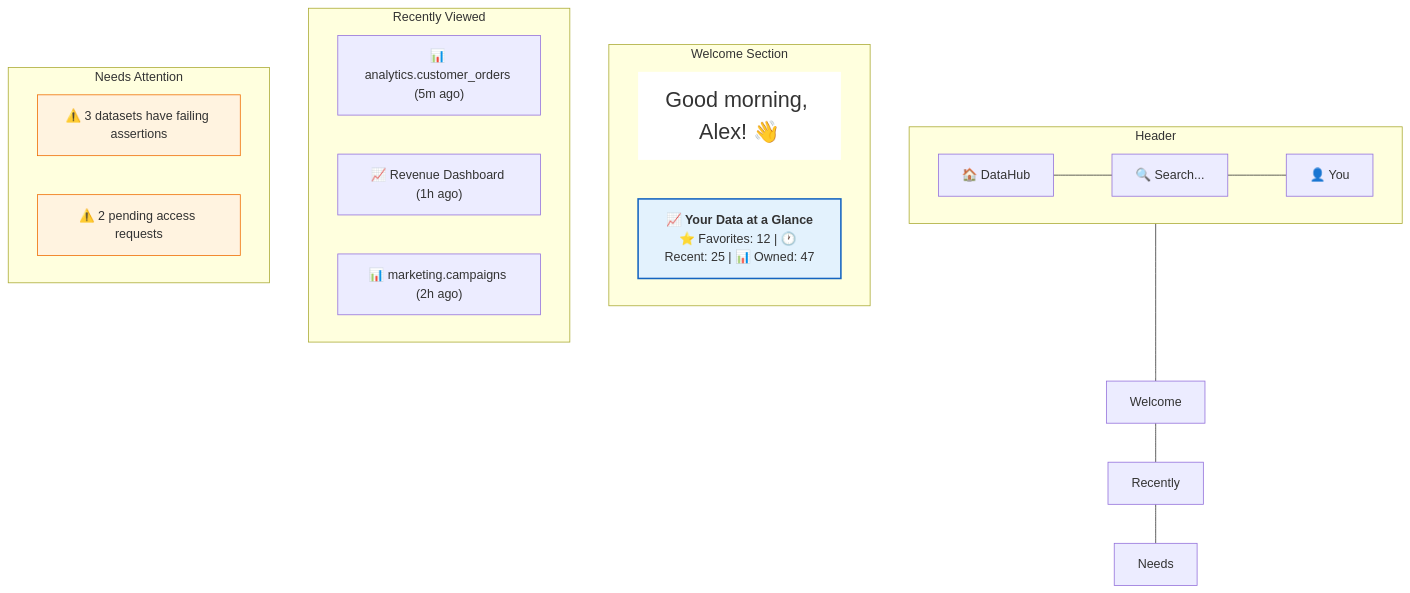
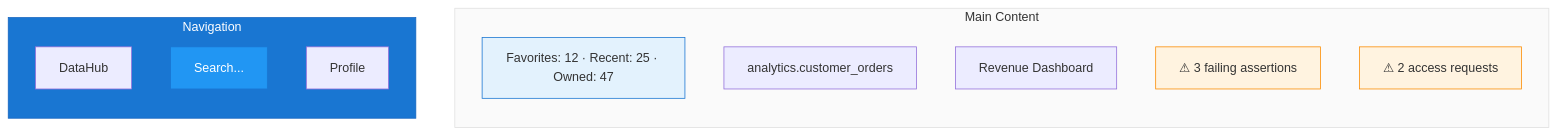
Before and after one commit to karan0207/datahub: the first of 8 diagrams in docs/tutorial-basics/ui-tour.md, drawn with Mermaid. The commit also changed other lines of this file and 7 other files, not shown here.

Commit message:
feat: updated graph chart

````diff
--- a/docs/tutorial-basics/ui-tour.md
+++ b/docs/tutorial-basics/ui-tour.md
@@ -15,32 +14,26 @@
 ```mermaid
-graph TD
-    subgraph Header
-        Logo["🏠 DataHub"] --- Search["🔍 Search..."] --- User["👤 You"]
+flowchart LR
+    subgraph NAV[Navigation]
+        Logo[DataHub]
+        Search["Search..."]
+        Profile[Profile]
     end
 
-    subgraph "Welcome Section"
-        Greeting["Good morning, Alex! 👋"]
-        
-        Stats["📈 <b>Your Data at a Glance</b><br/>⭐ Favorites: 12 | 🕐 Recent: 25 | 📊 Owned: 47"]
+    subgraph MAIN[Main Content]
+        direction TB
+        Stats["Favorites: 12 · Recent: 25 · Owned: 47"]
+        R1[analytics.customer_orders]
+        R2[Revenue Dashboard]
+        A1["⚠ 3 failing assertions"]
+        A2["⚠ 2 access requests"]
     end
 
-    subgraph "Recently Viewed"
-        R1["📊 analytics.customer_orders (5m ago)"]
-        R2["📈 Revenue Dashboard (1h ago)"]
-        R3["📊 marketing.campaigns (2h ago)"]
-    end
+    NAV ~~~ MAIN
 
-    subgraph "Needs Attention"
-        A1["⚠️ 3 datasets have failing assertions"]
-        A2["⚠️ 2 pending access requests"]
-    end
-
-    Header --- Welcome
-    Welcome --- Recently
-    Recently --- Needs
-
-    style Greeting fill:#fff,stroke:none,font-size:1.2em
-    style Stats fill:#e3f2fd,stroke:#1565c0,stroke-width:2px
-    style A1 fill:#fff3e0,stroke:#ef6c00
-    style A2 fill:#fff3e0,stroke:#ef6c00
+    style NAV fill:#1976d2,color:#fff,stroke:#1565c0
+    style Search fill:#2196f3,color:#fff,stroke:#1976d2
+    style Stats fill:#e3f2fd,stroke:#1976d2
+    style MAIN fill:#fafafa,stroke:#e0e0e0
+    style A1 fill:#fff3e0,stroke:#fb8c00
+    style A2 fill:#fff3e0,stroke:#fb8c00
 ```
````
